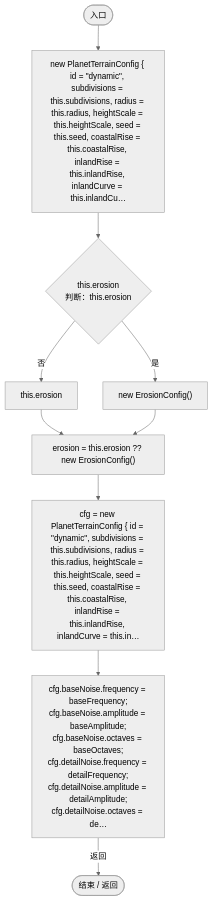
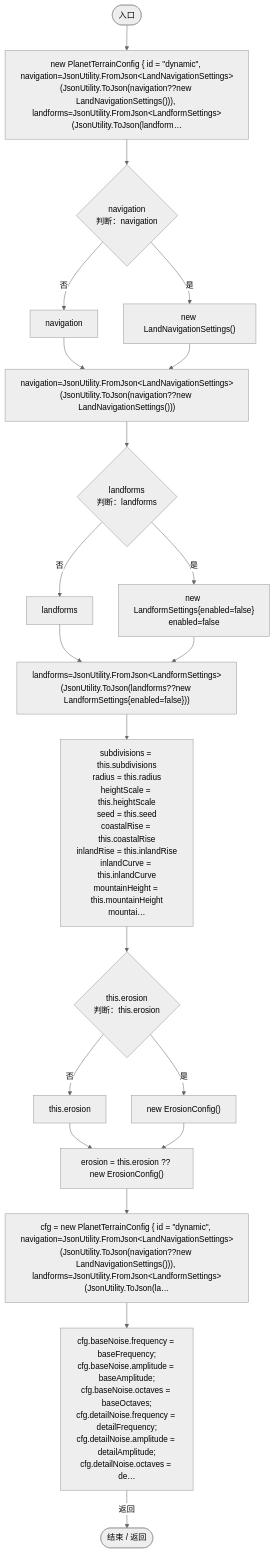
Before and after one commit to xhs6666/Darwin_paradise: the eighth of 11 diagrams in Docs/运行流程图/脚本/415285cf043354a9.md, drawn with Mermaid (neutral theme). The commit also changed other lines of this file and 229 other files, not shown here.

First line of the commit message:
Improve world simulation, natural growth and land navigation

````diff
--- a/Docs/运行流程图/脚本/415285cf043354a9.md
+++ b/Docs/运行流程图/脚本/415285cf043354a9.md
@@ -159,22 +200,42 @@
 ```mermaid
 flowchart TD
   b0(["入口"])
-  b1["new PlanetTerrainConfig { id = &quot;dynamic&quot;, subdivisions = this.subdivisions, radius = this.radius, heightScale = this.heightScale, seed = this.seed, coastalRise = this.coastalRise, inlandRise = this.inlandRise, inlandCurve = this.inlandCu…"]
-  b2{"this.erosion<br/>判断：this.erosion"}
-  b3["this.erosion"]
-  b4["new ErosionConfig()"]
-  b5["erosion = this.erosion ?? new ErosionConfig()"]
-  b6["cfg = new PlanetTerrainConfig { id = &quot;dynamic&quot;, subdivisions = this.subdivisions, radius = this.radius, heightScale = this.heightScale, seed = this.seed, coastalRise = this.coastalRise, inlandRise = this.inlandRise, inlandCurve = this.in…"]
-  b7["cfg.baseNoise.frequency = baseFrequency;<br/>cfg.baseNoise.amplitude = baseAmplitude;<br/>cfg.baseNoise.octaves = baseOctaves;<br/>cfg.detailNoise.frequency = detailFrequency;<br/>cfg.detailNoise.amplitude = detailAmplitude;<br/>cfg.detailNoise.octaves = de…"]
-  b8(["结束 / 返回"])
+  b1["new PlanetTerrainConfig { id = &quot;dynamic&quot;, navigation=JsonUtility.FromJson&lt;LandNavigationSettings&gt;(JsonUtility.ToJson(navigation??new LandNavigationSettings())), landforms=JsonUtility.FromJson&lt;LandformSettings&gt;(JsonUtility.ToJson(landform…"]
+  b2{"navigation<br/>判断：navigation"}
+  b3["navigation"]
+  b4["new LandNavigationSettings()"]
+  b5["navigation=JsonUtility.FromJson&lt;LandNavigationSettings&gt;(JsonUtility.ToJson(navigation??new LandNavigationSettings()))"]
+  b6{"landforms<br/>判断：landforms"}
+  b7["landforms"]
+  b8["new LandformSettings{enabled=false}<br/>enabled=false"]
+  b9["landforms=JsonUtility.FromJson&lt;LandformSettings&gt;(JsonUtility.ToJson(landforms??new LandformSettings{enabled=false}))"]
+  b10["subdivisions = this.subdivisions<br/>radius = this.radius<br/>heightScale = this.heightScale<br/>seed = this.seed<br/>coastalRise = this.coastalRise<br/>inlandRise = this.inlandRise<br/>inlandCurve = this.inlandCurve<br/>mountainHeight = this.mountainHeight<br/>mountai…"]
+  b11{"this.erosion<br/>判断：this.erosion"}
+  b12["this.erosion"]
+  b13["new ErosionConfig()"]
+  b14["erosion = this.erosion ?? new ErosionConfig()"]
+  b15["cfg = new PlanetTerrainConfig { id = &quot;dynamic&quot;, navigation=JsonUtility.FromJson&lt;LandNavigationSettings&gt;(JsonUtility.ToJson(navigation??new LandNavigationSettings())), landforms=JsonUtility.FromJson&lt;LandformSettings&gt;(JsonUtility.ToJson(la…"]
+  b16["cfg.baseNoise.frequency = baseFrequency;<br/>cfg.baseNoise.amplitude = baseAmplitude;<br/>cfg.baseNoise.octaves = baseOctaves;<br/>cfg.detailNoise.frequency = detailFrequency;<br/>cfg.detailNoise.amplitude = detailAmplitude;<br/>cfg.detailNoise.octaves = de…"]
+  b17(["结束 / 返回"])
   b0 --> b1
   b1 --> b2
   b2 -->|"否"| b3
   b2 -->|"是"| b4
   b3 --> b5
   b4 --> b5
   b5 --> b6
-  b6 --> b7
-  b7 -->|"返回"| b8
+  b6 -->|"否"| b7
+  b6 -->|"是"| b8
+  b7 --> b9
+  b8 --> b9
+  b9 --> b10
+  b10 --> b11
+  b11 -->|"否"| b12
+  b11 -->|"是"| b13
+  b12 --> b14
+  b13 --> b14
+  b14 --> b15
+  b15 --> b16
+  b16 -->|"返回"| b17
 
 ```
````
